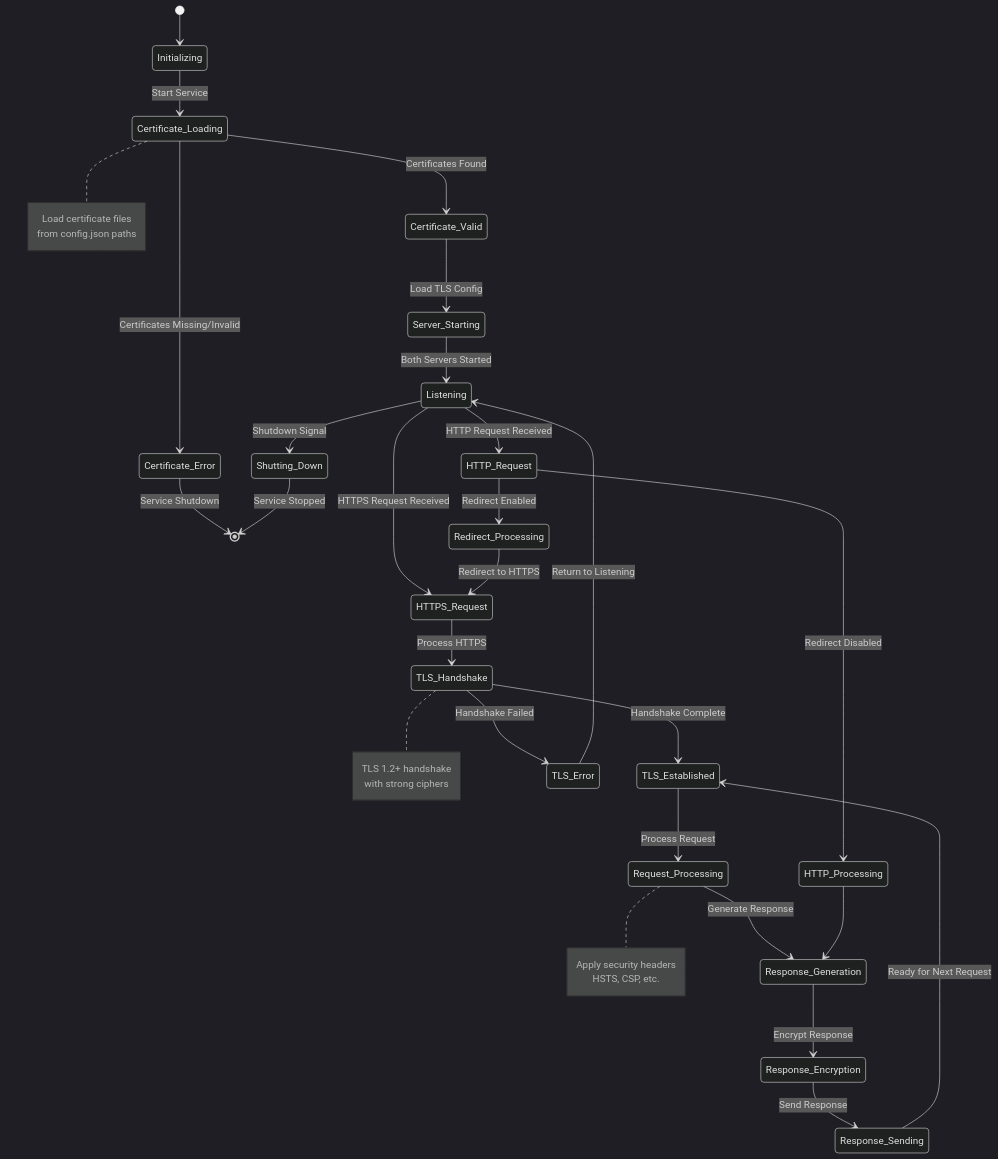
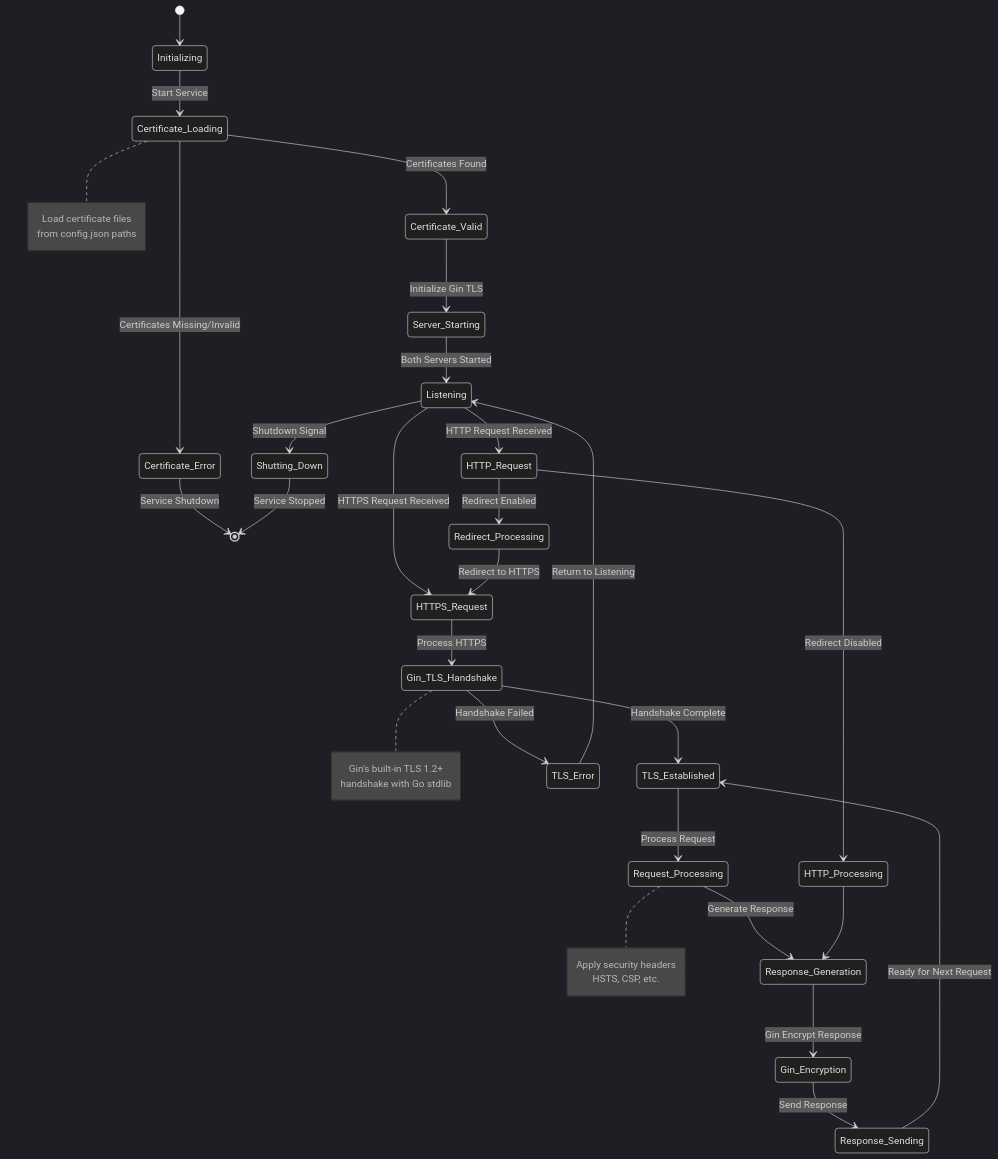
The fourth of 8 diagrams in docs/serviceSSLArch.md (tushg/tushartemplategin), drawn with Mermaid (dark theme) before and after one commit. The commit also changed other lines of this file and 1 other file, not shown here.

First line of the commit message:
refactor: simplify TLS implementation using Gin's built-in functionality

````diff
--- a/docs/serviceSSLArch.md
+++ b/docs/serviceSSLArch.md
@@ -195,53 +248,53 @@
 ```mermaid
 stateDiagram-v2
     [*] --> Initializing
     
     Initializing --> Certificate_Loading : Start Service
     Certificate_Loading --> Certificate_Valid : Certificates Found
     Certificate_Loading --> Certificate_Error : Certificates Missing/Invalid
     
     Certificate_Error --> [*] : Service Shutdown
     
-    Certificate_Valid --> Server_Starting : Load TLS Config
+    Certificate_Valid --> Server_Starting : Initialize Gin TLS
     Server_Starting --> Listening : Both Servers Started
     
     Listening --> HTTP_Request : HTTP Request Received
     Listening --> HTTPS_Request : HTTPS Request Received
     
     HTTP_Request --> Redirect_Processing : Redirect Enabled
     HTTP_Request --> HTTP_Processing : Redirect Disabled
     
     Redirect_Processing --> HTTPS_Request : Redirect to HTTPS
     
-    HTTPS_Request --> TLS_Handshake : Process HTTPS
-    TLS_Handshake --> TLS_Established : Handshake Complete
-    TLS_Handshake --> TLS_Error : Handshake Failed
+    HTTPS_Request --> Gin_TLS_Handshake : Process HTTPS
+    Gin_TLS_Handshake --> TLS_Established : Handshake Complete
+    Gin_TLS_Handshake --> TLS_Error : Handshake Failed
     
     TLS_Error --> Listening : Return to Listening
     
     TLS_Established --> Request_Processing : Process Request
     Request_Processing --> Response_Generation : Generate Response
-    Response_Generation --> Response_Encryption : Encrypt Response
-    Response_Encryption --> Response_Sending : Send Response
+    Response_Generation --> Gin_Encryption : Gin Encrypt Response
+    Gin_Encryption --> Response_Sending : Send Response
     Response_Sending --> TLS_Established : Ready for Next Request
     
     HTTP_Processing --> Response_Generation
     
     Listening --> Shutting_Down : Shutdown Signal
     Shutting_Down --> [*] : Service Stopped
     
     note right of Certificate_Loading
         Load certificate files
         from config.json paths
     end note
     
-    note right of TLS_Handshake
-        TLS 1.2+ handshake
-        with strong ciphers
+    note right of Gin_TLS_Handshake
+        Gin's built-in TLS 1.2+
+        handshake with Go stdlib
     end note
     
     note right of Request_Processing
         Apply security headers
         HSTS, CSP, etc.
     end note
 ```
````
